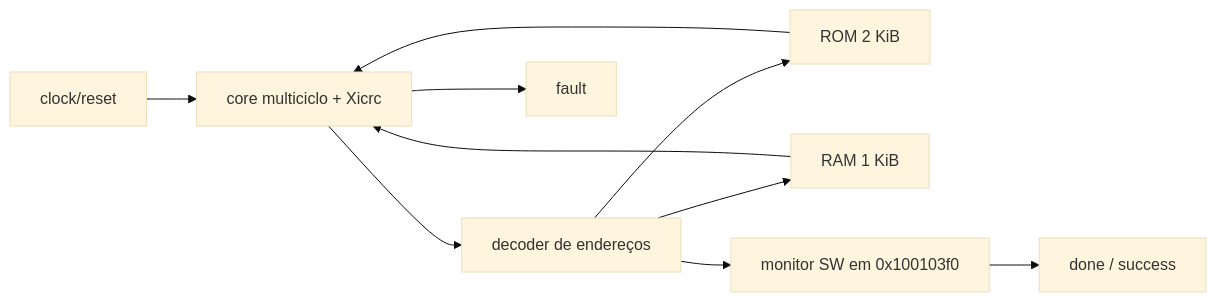
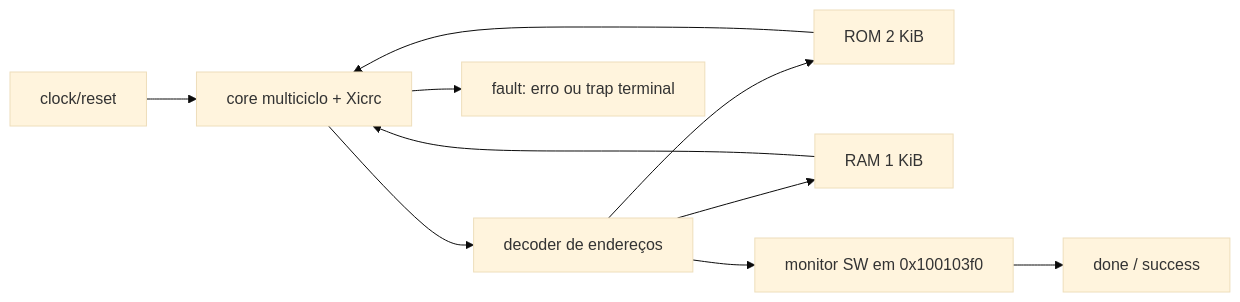
One commit to cmosuea-arch/RV32-multicycle changed the diagram in docs/modules/simple_system.md. Above: the diagram before and after it, drawn with Mermaid (base theme). The commit also changed other lines of this file and 68 other files, not shown here.

````diff
--- a/docs/modules/simple_system.md
+++ b/docs/modules/simple_system.md
@@ -41,12 +41,12 @@
 ```mermaid
 flowchart LR
  CLK[clock/reset] --> CORE[core multiciclo + Xicrc]
  CORE --> BUS[decoder de endereços]
  BUS --> ROM[ROM 2 KiB]
  BUS --> RAM[RAM 1 KiB]
  ROM --> CORE
  RAM --> CORE
  BUS --> MON[monitor SW em 0x100103f0]
  MON --> DONE[done / success]
- CORE --> FAULT[fault]
+ CORE --> FAULT[fault: erro ou trap terminal]
 ```
````
